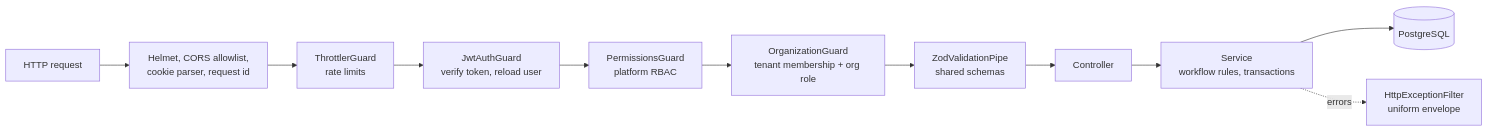
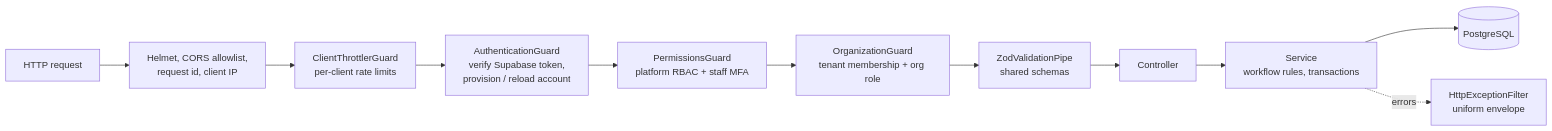
The second of 6 diagrams in docs/ARCHITECTURE.md (fasharif/topflow), drawn with Mermaid before and after one commit. The commit also changed other lines of this file and 4 other files, not shown here.

````diff
--- a/docs/ARCHITECTURE.md
+++ b/docs/ARCHITECTURE.md
@@ -30,11 +62,11 @@
 ```mermaid
 flowchart LR
-  R[HTTP request] --> H[Helmet, CORS allowlist,<br/>cookie parser, request id]
-  H --> T[ThrottlerGuard<br/>rate limits]
-  T --> J[JwtAuthGuard<br/>verify token, reload user]
-  J --> P[PermissionsGuard<br/>platform RBAC]
+  R[HTTP request] --> H[Helmet, CORS allowlist,<br/>request id, client IP]
+  H --> T[ClientThrottlerGuard<br/>per-client rate limits]
+  T --> J[AuthenticationGuard<br/>verify Supabase token,<br/>provision / reload account]
+  J --> P[PermissionsGuard<br/>platform RBAC + staff MFA]
   P --> O[OrganizationGuard<br/>tenant membership + org role]
   O --> V[ZodValidationPipe<br/>shared schemas]
   V --> C[Controller] --> S[Service<br/>workflow rules, transactions] --> DB[(PostgreSQL)]
   S -. errors .-> F[HttpExceptionFilter<br/>uniform envelope]
 ```
````
